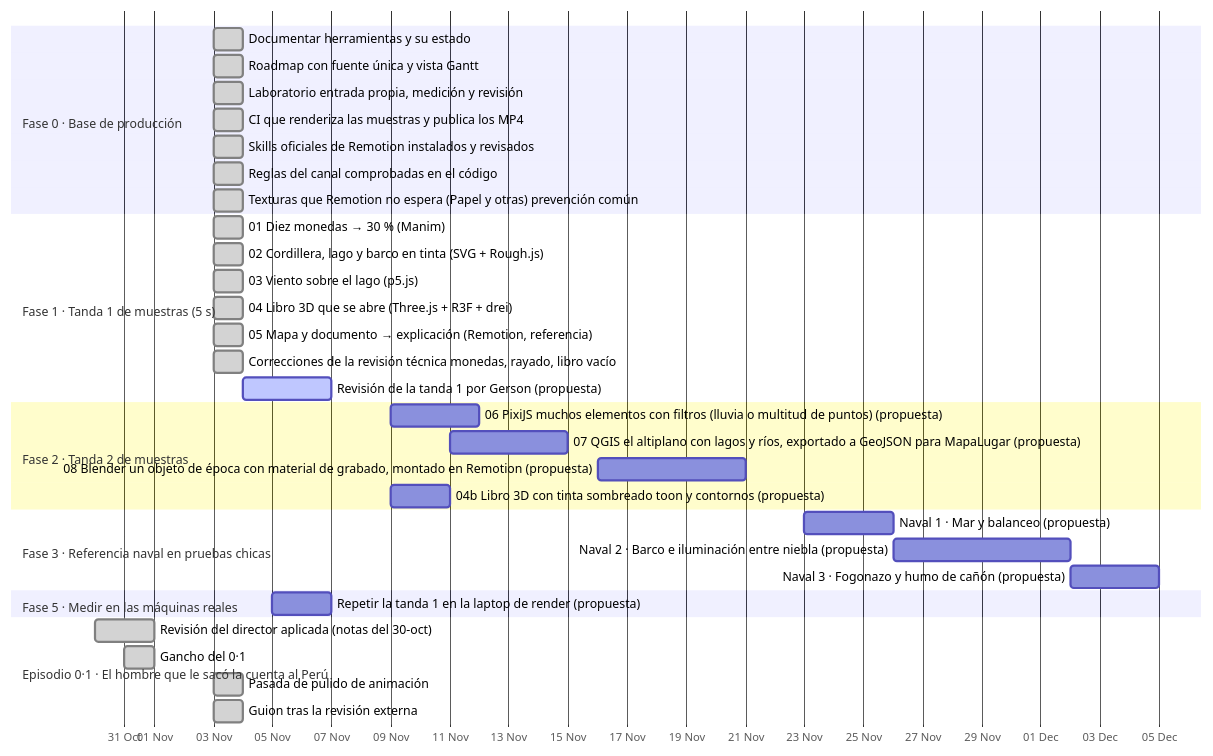
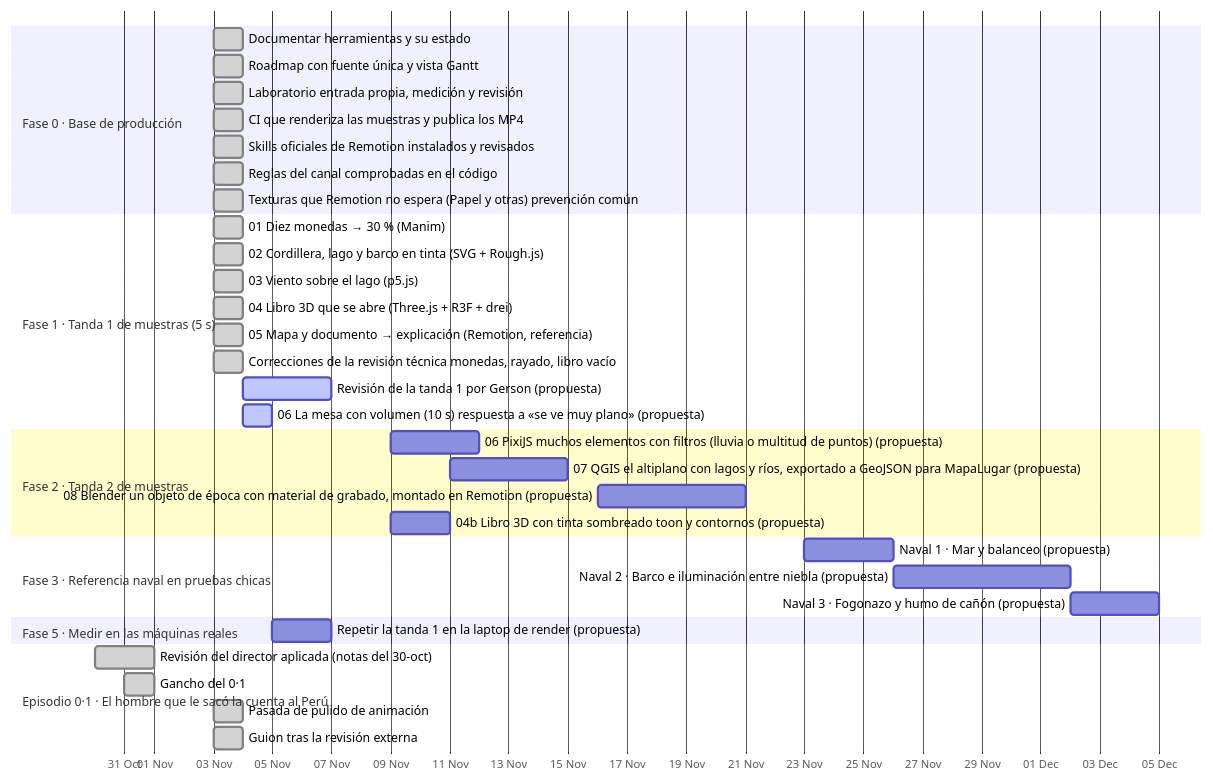
One commit to Eltiokarma/Remotion_HistoriaPer- changed the diagram in ROADMAP.md. Above: the diagram before and after it, drawn with Mermaid. The commit also changed other lines of this file and 8 other files, not shown here.

First line of the commit message:
Muestra 06 del laboratorio: la mesa con volumen (10 s)

````diff
--- a/ROADMAP.md
+++ b/ROADMAP.md
@@ -30,38 +30,39 @@
 ```mermaid
 gantt
   dateFormat YYYY-MM-DD
   axisFormat %d %b
   todayMarker off
   section Fase 0 · Base de producción
   Documentar herramientas y su estado :done, f0herramientas, 2026-11-03, 1d
   Roadmap con fuente única y vista Gantt :done, f0roadmap, 2026-11-03, 1d
   Laboratorio entrada propia, medición y revisión :done, f0laboratorio, 2026-11-03, 1d
   CI que renderiza las muestras y publica los MP4 :done, t1ci, 2026-11-03, 1d
   Skills oficiales de Remotion instalados y revisados :done, f0skillremotion, 2026-11-03, 1d
   Reglas del canal comprobadas en el código :done, f0reglascodigo, 2026-11-03, 1d
   Texturas que Remotion no espera (Papel y otras) prevención común :done, infrapapel, 2026-11-03, 1d
   section Fase 1 · Tanda 1 de muestras (5 s)
   01 Diez monedas → 30 % (Manim) :done, t1manim, 2026-11-03, 1d
   02 Cordillera, lago y barco en tinta (SVG + Rough.js) :done, t1tinta, 2026-11-03, 1d
   03 Viento sobre el lago (p5.js) :done, t1viento, 2026-11-03, 1d
   04 Libro 3D que se abre (Three.js + R3F + drei) :done, t1libro3d, 2026-11-03, 1d
   05 Mapa y documento → explicación (Remotion, referencia) :done, t1mapa, 2026-11-03, 1d
   Correcciones de la revisión técnica monedas, rayado, libro vacío :done, t1correcciones, 2026-11-03, 1d
   Revisión de la tanda 1 por Gerson (propuesta) :active, t1revision, 2026-11-04, 3d
+  06 La mesa con volumen (10 s) respuesta a «se ve muy plano» (propuesta) :active, t1volumen, 2026-11-04, 1d
   section Fase 2 · Tanda 2 de muestras
   06 PixiJS muchos elementos con filtros (lluvia o multitud de puntos) (propuesta) :t2pixi, 2026-11-09, 3d
   07 QGIS el altiplano con lagos y ríos, exportado a GeoJSON para MapaLugar (propuesta) :t2qgis, 2026-11-11, 4d
   08 Blender un objeto de época con material de grabado, montado en Remotion (propuesta) :t2blender, 2026-11-16, 5d
   04b Libro 3D con tinta sombreado toon y contornos (propuesta) :t2toon, 2026-11-09, 2d
   section Fase 3 · Referencia naval en pruebas chicas
   Naval 1 · Mar y balanceo (propuesta) :n1mar, 2026-11-23, 3d
   Naval 2 · Barco e iluminación entre niebla (propuesta) :n2barco, 2026-11-26, 6d
   Naval 3 · Fogonazo y humo de cañón (propuesta) :n3fogonazo, 2026-12-02, 3d
   section Fase 5 · Medir en las máquinas reales
   Repetir la tanda 1 en la laptop de render (propuesta) :f5laptop, 2026-11-05, 2d
   section Episodio 0·1 · El hombre que le sacó la cuenta al Perú
   Revisión del director aplicada (notas del 30-oct) :done, e1revision, 2026-10-30, 2d
   Gancho del 0·1 :done, e1gancho, 2026-10-31, 1d
   Pasada de pulido de animación :done, e1pulido, 2026-11-03, 1d
   Guion tras la revisión externa :done, e1guionexterno, 2026-11-03, 1d
 ```
````
